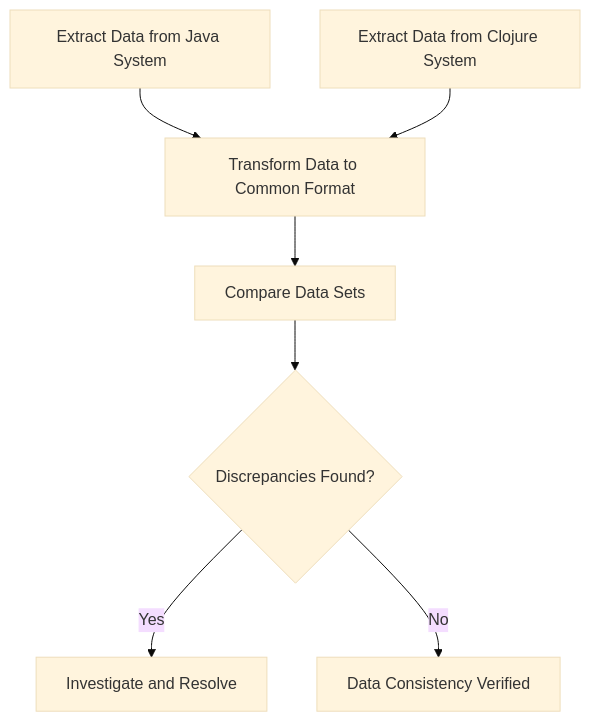
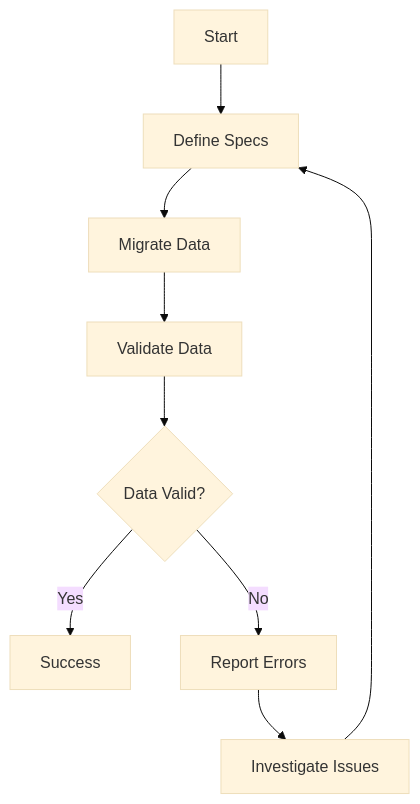
One commit to MasteryEducation/ClojureForJava.com changed the diagram in content/3/14/3/index.md. Above: the diagram before and after it, drawn with Mermaid (base theme). The commit also changed other lines of this file and 74 other files, not shown here.

````diff
--- a/content/3/14/3/index.md
+++ b/content/3/14/3/index.md
@@ -74,9 +192,11 @@
 ```mermaid
-graph TD;
-    A[Extract Data from Java System] --> B[Transform Data to Common Format];
-    C[Extract Data from Clojure System] --> B;
-    B --> D[Compare Data Sets];
-    D --> E{Discrepancies Found?};
-    E -->|Yes| F[Investigate and Resolve];
-    E -->|No| G[Data Consistency Verified];
+flowchart TD
+    A[Start] --> B[Define Specs]
+    B --> C[Migrate Data]
+    C --> D[Validate Data]
+    D --> E{Data Valid?}
+    E -->|Yes| F[Success]
+    E -->|No| G[Report Errors]
+    G --> H[Investigate Issues]
+    H --> B
 ```
````
